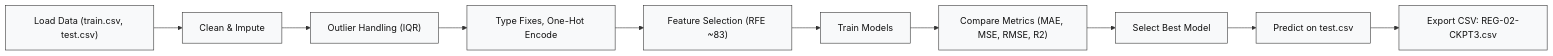
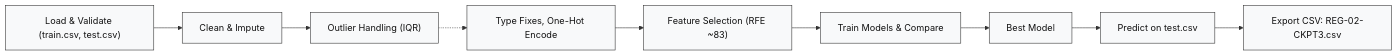
Before and after one commit to vishnu25-ds/House-Price-Prediction: the diagram in README.md, drawn with Mermaid.

````diff
--- a/README.md
+++ b/README.md
@@ -46,18 +46,19 @@
 ```mermaid
 
 flowchart LR
-    A["Load Data (train.csv, test.csv)"] --> B["Clean & Impute"]
-    B --> C["Outlier Handling (IQR)"]
-    C --> D["Type Fixes, One-Hot Encode"]
-    D --> E["Feature Selection (RFE ~83)"]
-    E --> F["Train Models"]
-    F --> G["Compare Metrics (MAE, MSE, RMSE, R2)"]
-    G --> H["Select Best Model"]
-    H --> I["Predict on test.csv"]
-    I --> J["Export CSV: REG-02-CKPT3.csv"]
+  %% row 1: preprocessing
+  A["Load & Validate (train.csv, test.csv)"] --> B["Clean & Impute"] --> C["Outlier Handling (IQR)"]
 
-    %% clean, subtle styling
-    classDef node fill:#f8f9fa,stroke:#333,stroke-width:1px,color:#111;
-    class A,B,C,D,E,F,G,H,I,J node;
+  %% row 2: features + modeling
+  D["Type Fixes, One-Hot Encode"] --> E["Feature Selection (RFE ~83)"] --> F["Train Models & Compare"]
 
+  %% bridge and outputs
+  C -.-> D
+  F --> G["Best Model"]
+  G --> H["Predict on test.csv"]
+  H --> I["Export CSV: REG-02-CKPT3.csv"]
+
+  %% clean, subtle styling
+  classDef node fill:#f8f9fa,stroke:#333,stroke-width:1px,color:#111;
+  class A,B,C,D,E,F,G,H,I node;
 ```
````
